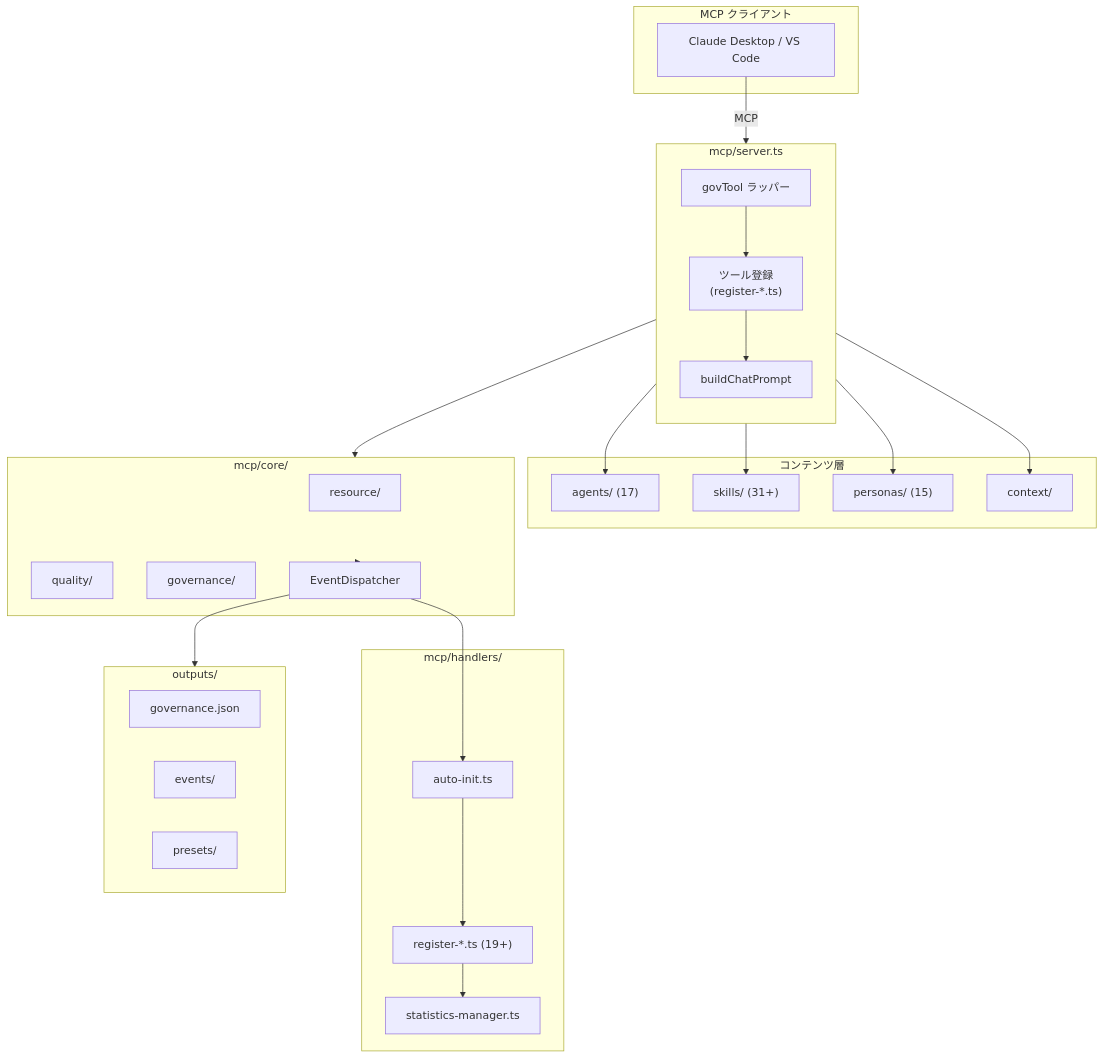
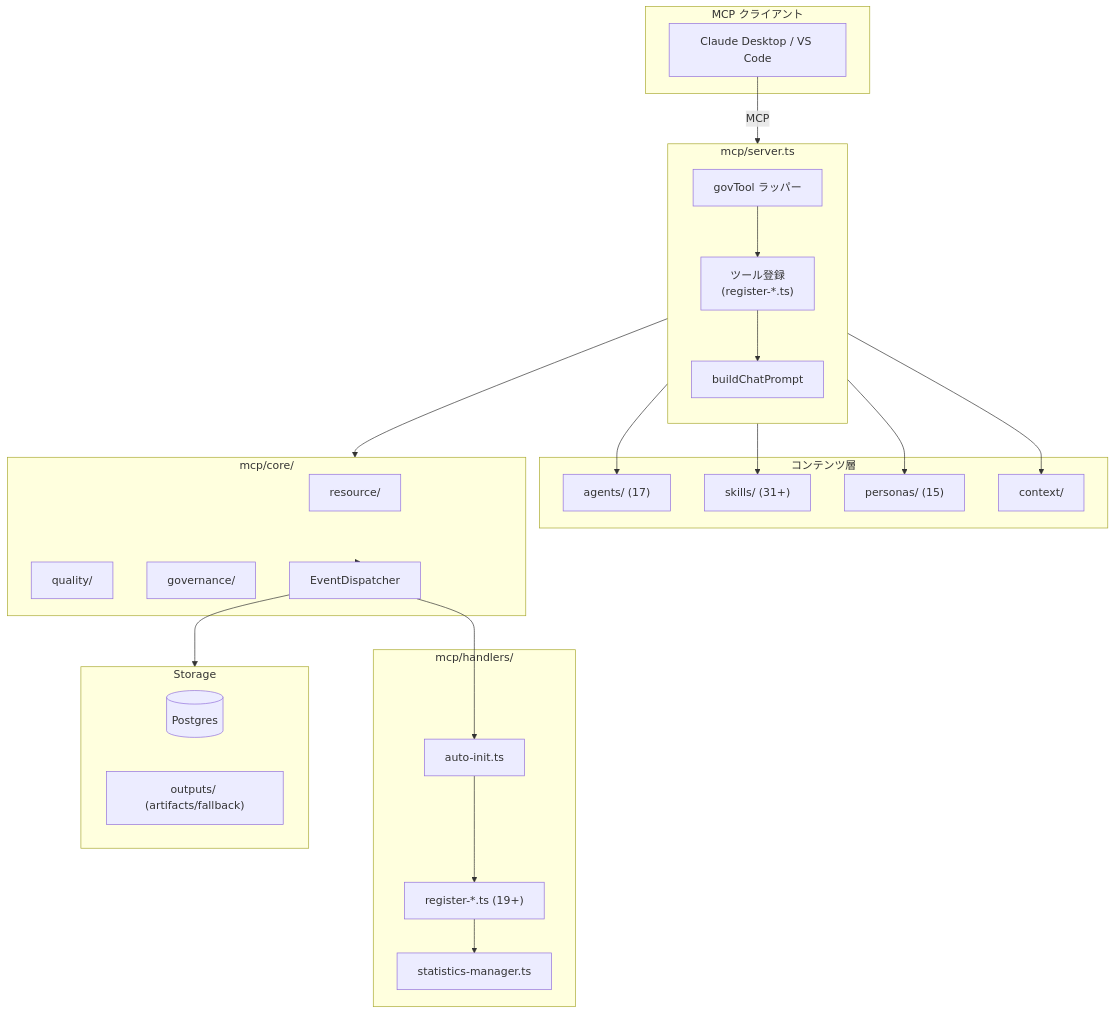
One commit to haruki10041999/SALESFORCE-AI-COMPANY changed the first of 8 diagrams in docs/system-architecture-with-uml.md. Above: the diagram before and after it, drawn with Mermaid. The commit also changed other lines of this file and 155 other files, not shown here.

````diff
--- a/docs/system-architecture-with-uml.md
+++ b/docs/system-architecture-with-uml.md
@@ -10,53 +10,52 @@
 ```mermaid
 graph TB
     subgraph Client["MCP クライアント"]
         USER["Claude Desktop / VS Code"]
     end
 
     subgraph Server["mcp/server.ts"]
         direction TB
         GOVTOOL["govTool ラッパー"]
         TOOLREG["ツール登録\n(register-*.ts)"]
         BCP["buildChatPrompt"]
     end
 
     subgraph Content["コンテンツ層"]
         AG["agents/ (17)"]
         SK["skills/ (31+)"]
         PE["personas/ (15)"]
         CTX["context/"]
     end
 
     subgraph Core["mcp/core/"]
         RES["resource/"]
         QUAL["quality/"]
         GOV["governance/"]
         EVT["EventDispatcher"]
     end
 
     subgraph Handlers["mcp/handlers/"]
         AUTOINIT["auto-init.ts"]
         STATS["statistics-manager.ts"]
         REG["register-*.ts (19+)"]
     end
 
-    subgraph Output["outputs/"]
-        GOVSTATE["governance.json"]
-        EVENTS["events/"]
-        PRESETS["presets/"]
+    subgraph Storage["Storage"]
+        PG[(Postgres)]
+        OUT["outputs/ (artifacts/fallback)"]
     end
 
     USER -->|MCP| GOVTOOL
     GOVTOOL --> TOOLREG
     TOOLREG --> BCP
     BCP --> AG
     BCP --> SK
     BCP --> PE
     BCP --> CTX
     TOOLREG --> Core
     Core --> EVT
     EVT --> AUTOINIT
     AUTOINIT --> REG
     REG --> STATS
-    EVT --> Output
+    EVT --> Storage
 ```
````
